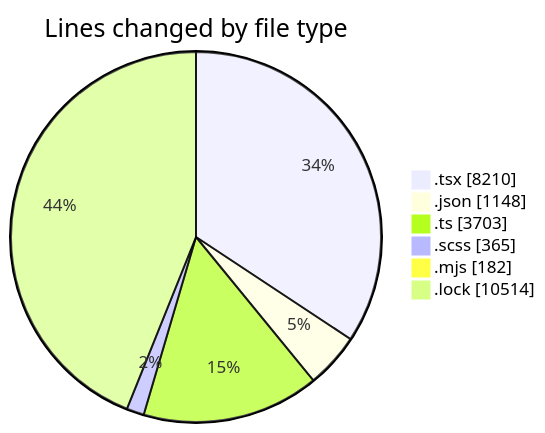
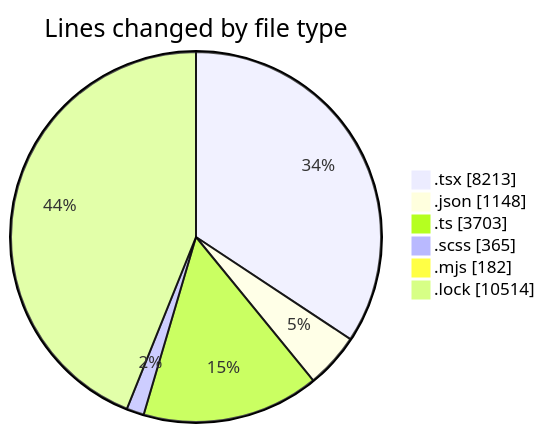
One commit to momahboobian/code-tracking changed the first of 2 diagrams in 2026-05-12/cda/README.md. Above: the diagram before and after it, drawn with Mermaid. The commit also changed other lines of this file and 1 other file, not shown here.

````diff
--- a/2026-05-12/cda/README.md
+++ b/2026-05-12/cda/README.md
@@ -52,10 +52,10 @@
 ```mermaid
 pie showData
 title Lines changed by file type
-".tsx" : 8210
+".tsx" : 8213
 ".json" : 1148
 ".ts" : 3703
 ".scss" : 365
 ".mjs" : 182
 ".lock" : 10514
 ```
````
